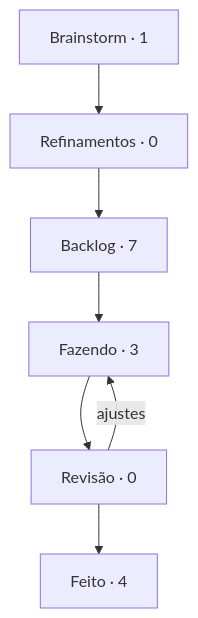
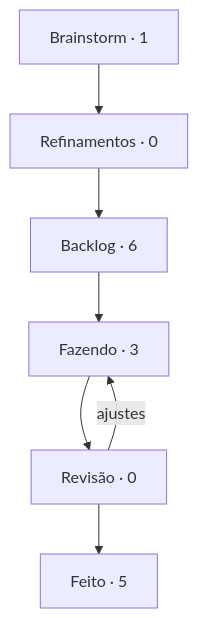
One commit to StudioVibi/VibiKanban changed the diagram in boards/harness/BOARD.md. Above: the diagram before and after it, drawn with Mermaid. The commit also changed other lines of this file and 2 other files, not shown here.

````diff
--- a/boards/harness/BOARD.md
+++ b/boards/harness/BOARD.md
@@ -5,12 +5,12 @@
 ```mermaid
 flowchart TD
   brainstorm["Brainstorm · 1"] --> refinamentos["Refinamentos · 0"]
-  refinamentos --> backlog["Backlog · 7"]
+  refinamentos --> backlog["Backlog · 6"]
   backlog --> doing["Fazendo · 3"]
   doing --> review["Revisão · 0"]
-  review --> done["Feito · 4"]
+  review --> done["Feito · 5"]
   review -->|ajustes| doing
   doing:::blue
   review:::yellow
   done:::green
 ```
````
